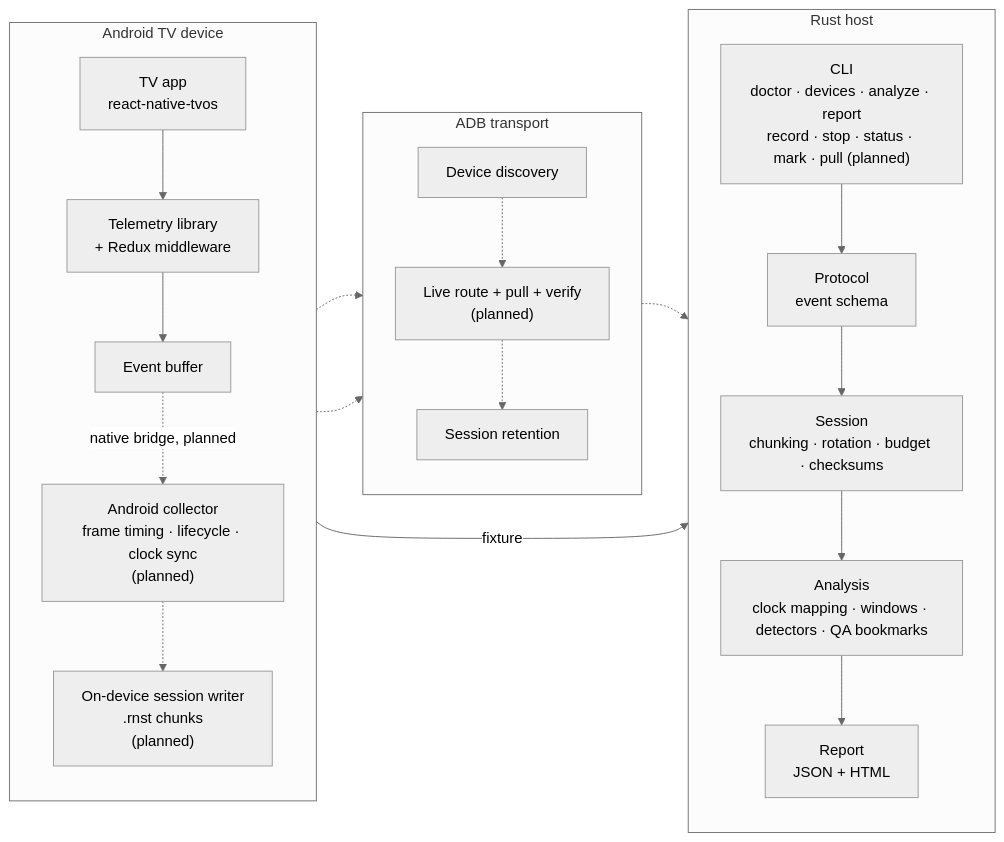
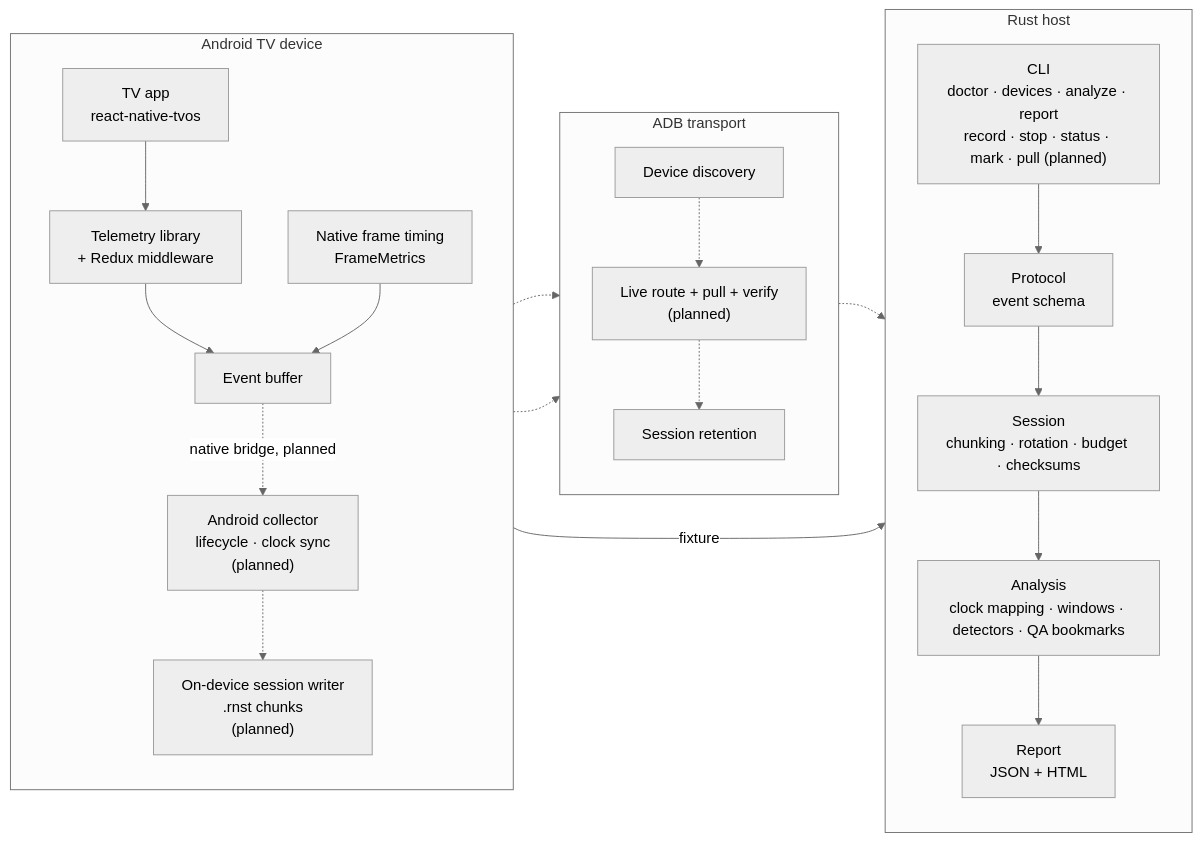
The diagram in .github/architecture.mmd (undrafted/rn-android-tv-session-telemetry), drawn with Mermaid before and after one commit. The commit also changed 3 other files, not shown here.

Commit message:
FrameTiming is built

```diff
--- a/.github/architecture.mmd
+++ b/.github/architecture.mmd
@@ -1,37 +1,39 @@
 %%{init: {"theme": "neutral"}}%%
 flowchart LR
     subgraph Device["Android TV device"]
         direction TB
         App["TV app<br/>react-native-tvos"]
         Lib["Telemetry library<br/>+ Redux middleware"]
         Buffer["Event buffer"]
-        Collector["Android collector<br/>frame timing · lifecycle · clock sync<br/>(planned)"]
+        FrameTiming["Native frame timing<br/>FrameMetrics"]
+        Collector["Android collector<br/>lifecycle · clock sync<br/>(planned)"]
         Writer["On-device session writer<br/>.rnst chunks<br/>(planned)"]
         App --> Lib --> Buffer
+        FrameTiming --> Buffer
         Buffer -.->|native bridge, planned| Collector
         Collector -.-> Writer
     end
 
     subgraph Transport["ADB transport"]
         direction TB
         Discover["Device discovery"]
         LivePull["Live route + pull + verify<br/>(planned)"]
         Retain["Session retention"]
         Discover -.-> LivePull
         LivePull -.-> Retain
     end
 
     subgraph Host["Rust host"]
         direction TB
         CLI["CLI<br/>doctor · devices · analyze · report<br/>record · stop · status · mark · pull (planned)"]
         Protocol["Protocol<br/>event schema"]
         SessionCrate["Session<br/>chunking · rotation · budget · checksums"]
         Analysis["Analysis<br/>clock mapping · windows · detectors · QA bookmarks"]
         Report["Report<br/>JSON + HTML"]
         CLI --> Protocol --> SessionCrate --> Analysis --> Report
     end
 
     App -.-> Discover
     Writer -.-> LivePull
     LivePull -.-> CLI
     Buffer -->|fixture| CLI
```
